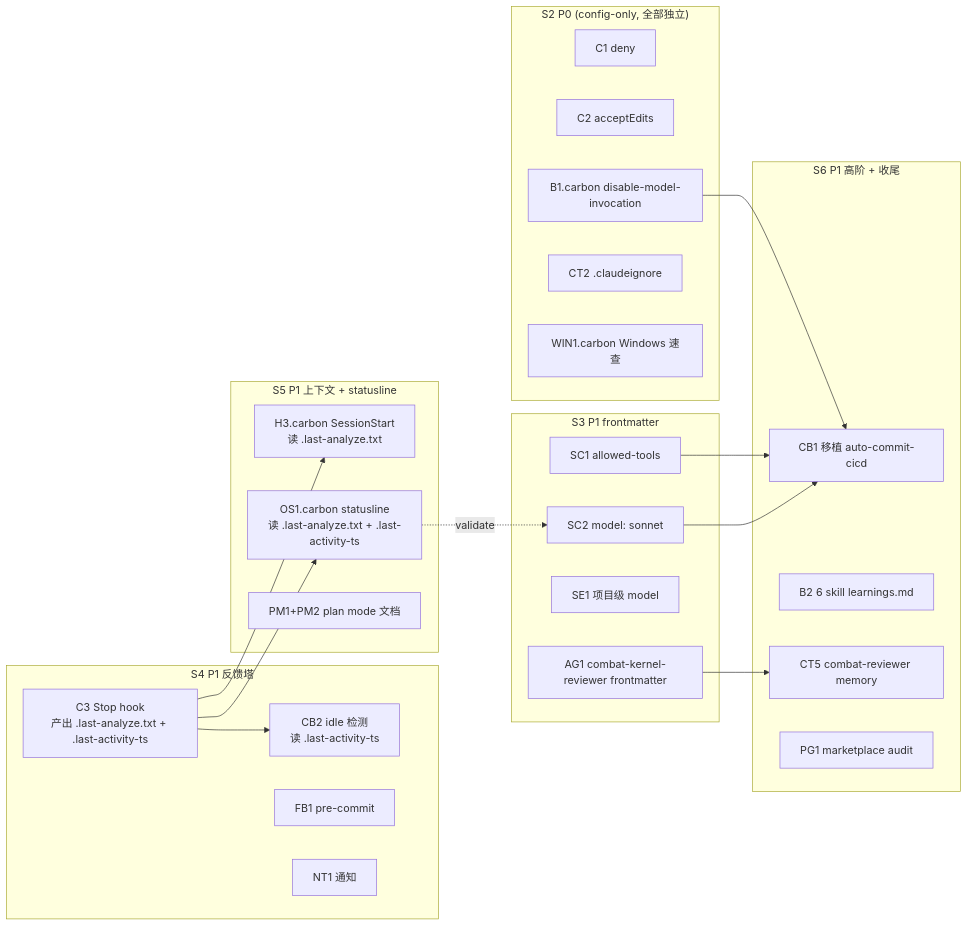
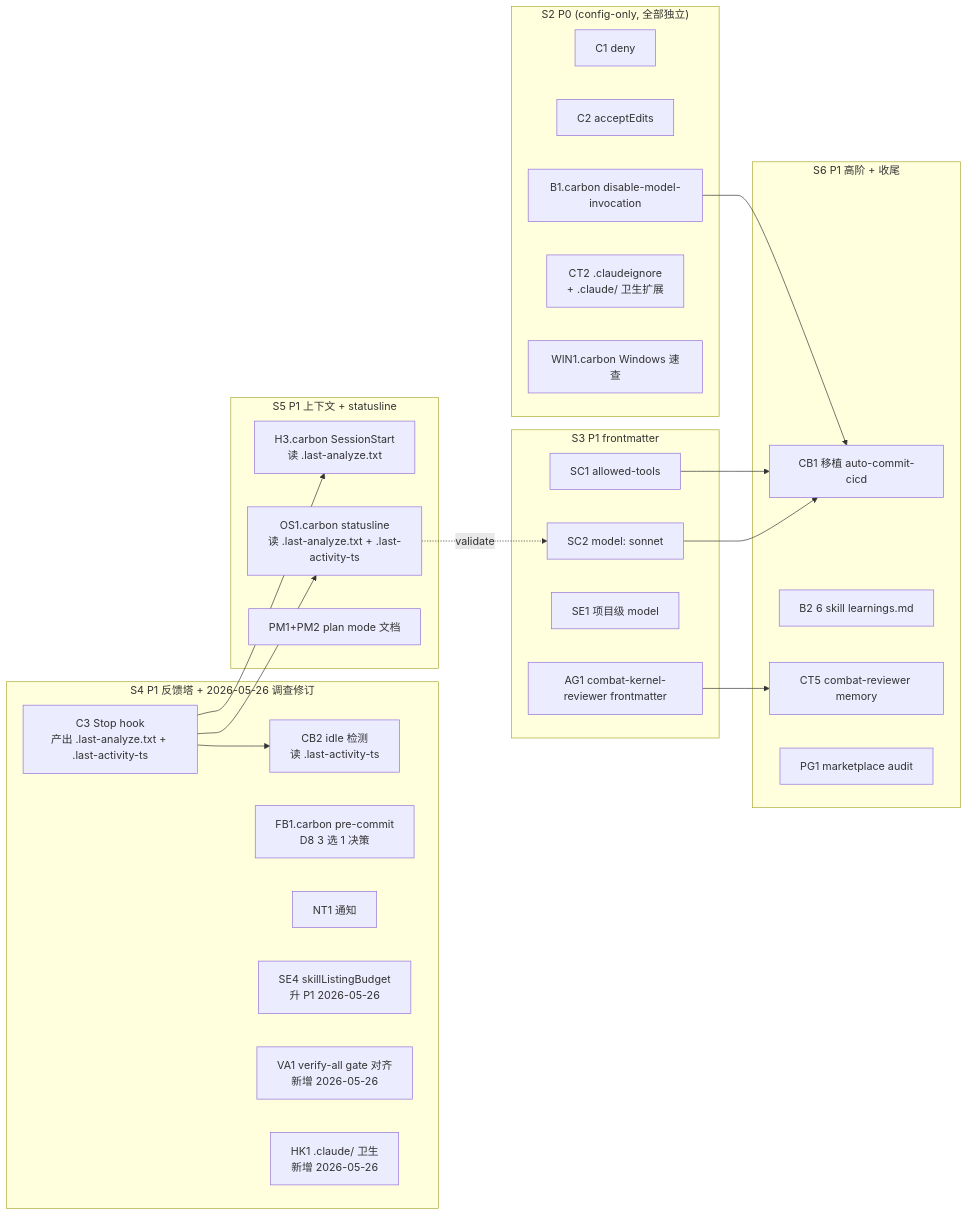
Before and after one commit to daugf2527/carbon-shade-web: the diagram in docs/planning/2026-05-25-carbon-harness-implementation-plan.md, drawn with Mermaid. The commit also changed other lines of this file and 6 other files, not shown here.

````diff
--- a/docs/planning/2026-05-25-carbon-harness-implementation-plan.md
+++ b/docs/planning/2026-05-25-carbon-harness-implementation-plan.md
@@ -647,42 +717,45 @@
 ```mermaid
 graph LR
   subgraph S2["S2 P0 (config-only, 全部独立)"]
     C1[C1 deny]
     C2[C2 acceptEdits]
     B1[B1.carbon disable-model-invocation]
-    CT2[CT2 .claudeignore]
+    CT2[CT2 .claudeignore<br/>+ .claude/ 卫生扩展]
     WIN1[WIN1.carbon Windows 速查]
   end
   subgraph S3["S3 P1 frontmatter"]
     SC1[SC1 allowed-tools]
     SC2[SC2 model: sonnet]
     SE1[SE1 项目级 model]
     AG1[AG1 combat-kernel-reviewer frontmatter]
   end
-  subgraph S4["S4 P1 反馈塔"]
+  subgraph S4["S4 P1 反馈塔 + 2026-05-26 调查修订"]
     C3[C3 Stop hook<br/>产出 .last-analyze.txt + .last-activity-ts]
     CB2[CB2 idle 检测<br/>读 .last-activity-ts]
-    FB1[FB1 pre-commit]
+    FB1[FB1.carbon pre-commit<br/>D8 3 选 1 决策]
     NT1[NT1 通知]
+    SE4[SE4 skillListingBudget<br/>升 P1 2026-05-26]
+    VA1[VA1 verify-all gate 对齐<br/>新增 2026-05-26]
+    HK1[HK1 .claude/ 卫生<br/>新增 2026-05-26]
   end
   subgraph S5["S5 P1 上下文 + statusline"]
     H3[H3.carbon SessionStart<br/>读 .last-analyze.txt]
     OS1[OS1.carbon statusline<br/>读 .last-analyze.txt + .last-activity-ts]
     PM["PM1+PM2 plan mode 文档"]
   end
   subgraph S6["S6 P1 高阶 + 收尾"]
     CB1[CB1 移植 auto-commit-cicd]
     B2[B2 6 skill learnings.md]
     CT5[CT5 combat-reviewer memory]
     PG1[PG1 marketplace audit]
   end
 
   C3 --> CB2
   C3 --> H3
   C3 --> OS1
   OS1 -.->|validate| SC2
   B1 --> CB1
   SC1 --> CB1
   SC2 --> CB1
   AG1 --> CT5
 ```
````
